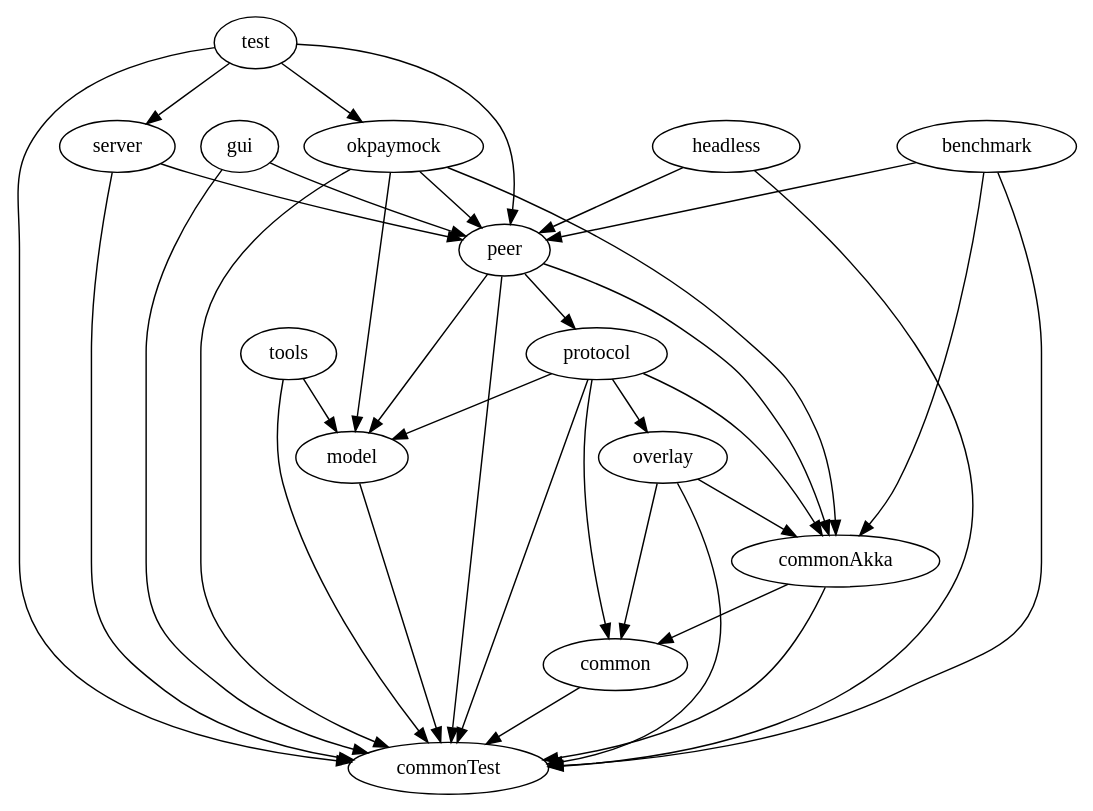
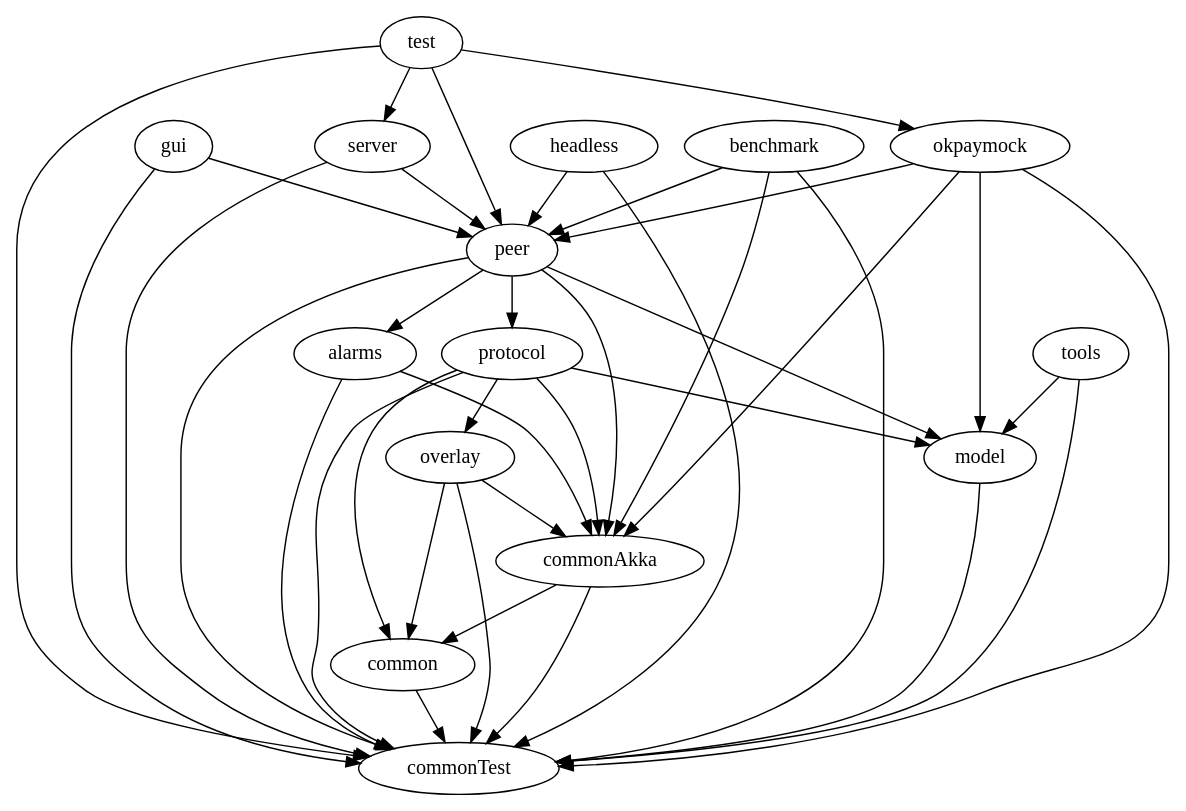
Before and after one commit to csesteban/coinffeine: the diagram in doc/graphviz/modules.dot, drawn with Graphviz.

Commit message:
Update module dependencies chart

```diff
--- a/doc/graphviz/modules.dot
+++ b/doc/graphviz/modules.dot
@@ -1,15 +1,16 @@
 digraph {
+    alarms -> commonTest, commonAkka;
     server -> peer, commonTest;
     test -> peer, server, commonTest, okpaymock;
     gui -> peer, commonTest;
     tools -> model, commonTest;
-    peer -> model, protocol, commonAkka, commonTest;
+    peer -> alarms, model, protocol, commonAkka, commonTest;
     protocol -> model, common, commonAkka, commonTest, overlay;
     overlay -> common, commonAkka, commonTest;
     model -> commonTest;
     common -> commonTest;
     headless -> peer, commonTest;
     okpaymock -> model, peer, commonAkka, commonTest;
     commonAkka -> common, commonTest;
     benchmark -> peer, commonAkka, commonTest;
 }
```
